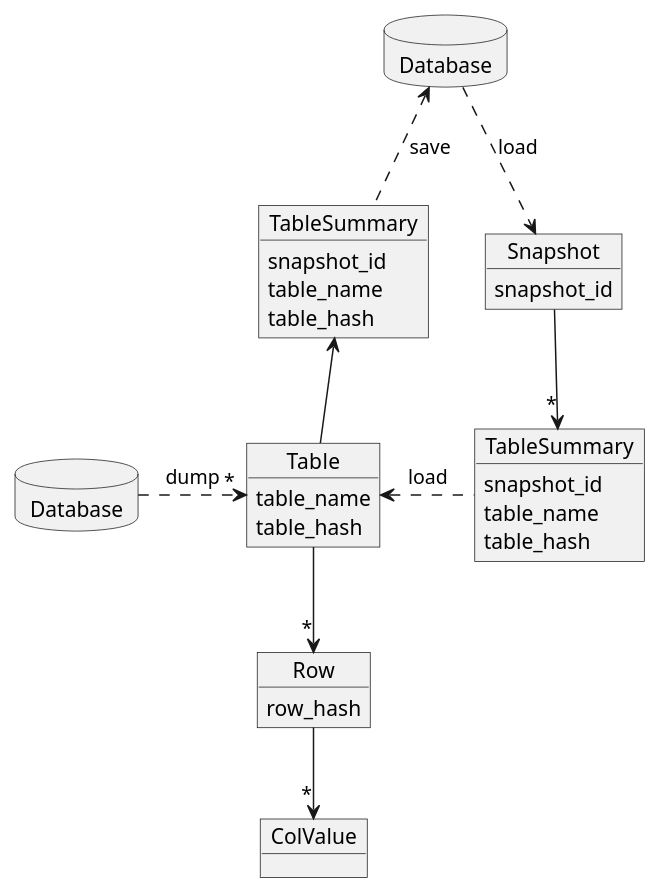
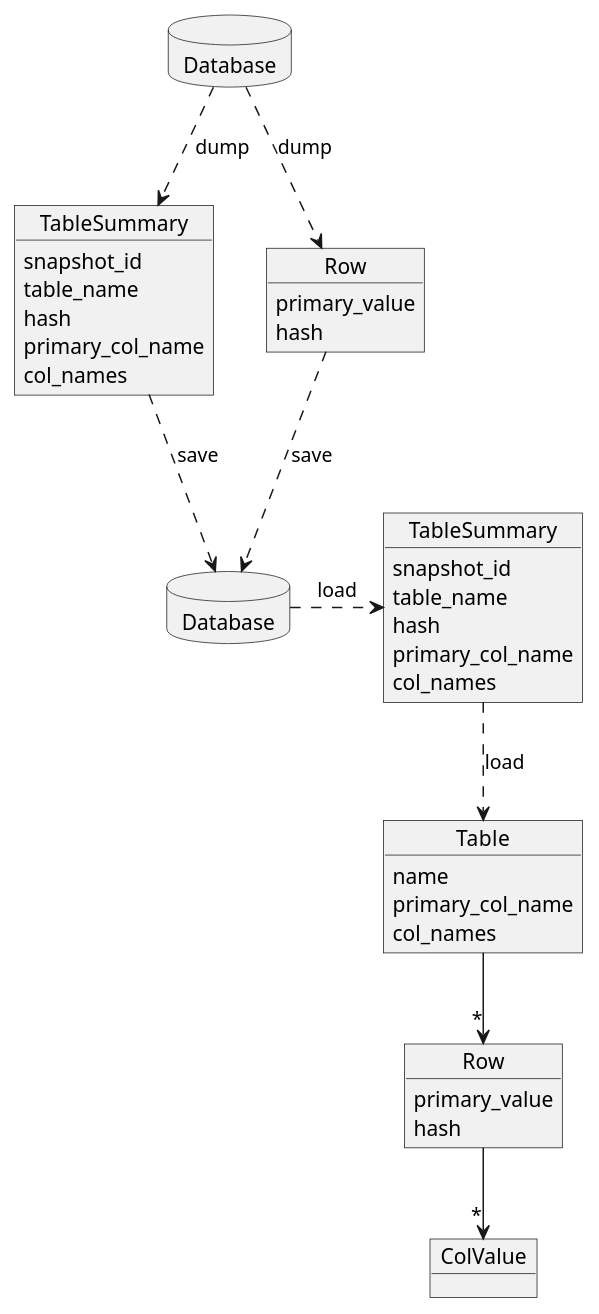
Before and after one commit to suzuki-hoge/table-snapshot: the diagram in doc/struct.puml, drawn with PlantUML. The commit also changed 44 other files, not shown here.

```diff
--- a/doc/struct.puml
+++ b/doc/struct.puml
@@ -1,49 +1,71 @@
 @startuml
 
-object Table {
-    table_name
-    table_hash
-}
-
-object Row {
-    row_hash
-}
-
-object ColValue
+'
+' database
+'
 
 database "Database" as DB1 {
 }
 
 database "Database" as DB2 {
 }
 
+'
+' dump
+'
+
 object "TableSummary" as TS1 {
     snapshot_id
     table_name
-    table_hash
+    hash
+    primary_col_name
+    col_names
 }
 
-DB1 .r..> "*" Table : dump
-Table -d-> "*" Row
-Row -d-> "*" ColValue
-
-Table -u-> TS1
-TS1 .u.> DB2 : save
-
-object Snapshot {
-    snapshot_id
+object "Row" as R1 {
+    primary_value
+    hash
 }
 
-DB2 .d.> Snapshot : load
+'
+' load
+'
 
 object "TableSummary" as TS2 {
     snapshot_id
     table_name
-    table_hash
+    hash
+    primary_col_name
+    col_names
 }
 
-Snapshot -d-> "*" TS2
-TS2 .l.> Table : load
+object Table {
+    name
+    primary_col_name
+    col_names
+}
 
+object "Row" as R2 {
+    primary_value
+    hash
+}
+
+object ColValue
+
+'
+' relation
+'
+
+' dump
+DB1 .d.> TS1 : dump
+DB1 .d.> R1 : dump
+TS1 .d.> DB2 : save
+R1 .d.> DB2 : save
+
+' load
+DB2 .r.> TS2 : load
+TS2 .d.> Table : load
+Table -d-> "*" R2
+R2 -d-> "*" ColValue
 
 @enduml
```
